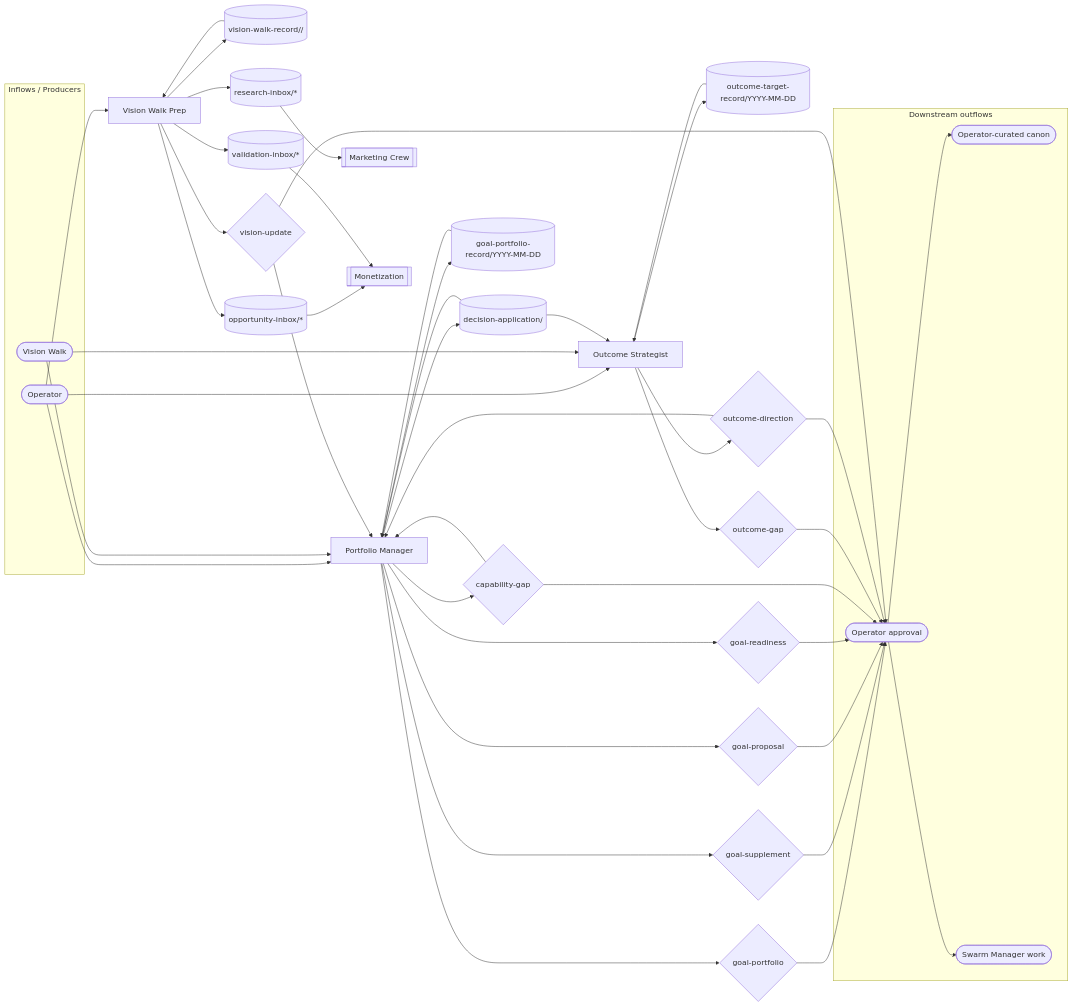
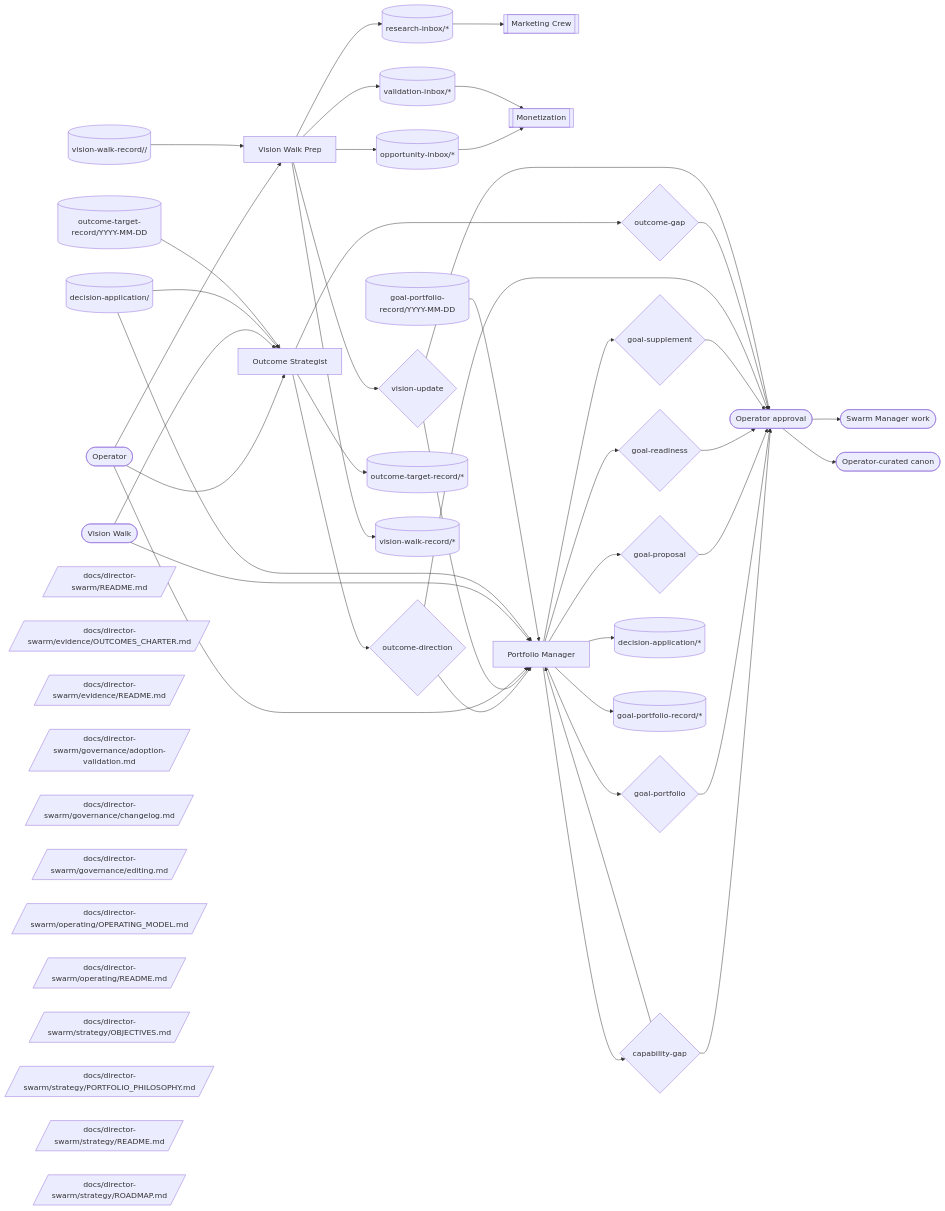
The diagram in docs/director-swarm/operating/OPERATING_MODEL.md (Vrooli/Vrooli), drawn with Mermaid before and after one commit. The commit also changed other lines of this file and 63 other files, not shown here.

````diff
--- a/docs/director-swarm/operating/OPERATING_MODEL.md
+++ b/docs/director-swarm/operating/OPERATING_MODEL.md
@@ -60,113 +60,127 @@
 ```mermaid
 flowchart LR
-  subgraph INFLOWS["Inflows / Producers"]
-    %% @node OP external:operator
-    OP([Operator])
-    %% @node VW external:vision-walk
-    VW([Vision Walk])
-  end
-
-  %% Members
-  %% @node PM member:portfolio-manager
-  PM[Portfolio Manager]
-  %% @node OS member:outcome-strategist
-  OS[Outcome Strategist]
-  %% @node VWP member:vision-walk-prep
-  VWP[Vision Walk Prep]
-
-  %% Topics
   %% @node APP topic:decision-application/<decision-id>
   APP[(decision-application/<decision-id>)]
-  %% @node PORT topic:goal-portfolio-record/YYYY-MM-DD
-  PORT[(goal-portfolio-record/YYYY-MM-DD)]
-  %% @node OUT topic:outcome-target-record/YYYY-MM-DD
-  OUT[(outcome-target-record/YYYY-MM-DD)]
-  %% @node WALK topic:vision-walk-record/<date>/<slug>
-  WALK[(vision-walk-record/<date>/<slug>)]
-  %% @node RI topic:research-inbox/*
-  RI[(research-inbox/*)]
-  %% @node OI topic:opportunity-inbox/*
-  OI[(opportunity-inbox/*)]
-  %% @node VI topic:validation-inbox/*
-  VI[(validation-inbox/*)]
-
-  %% Peer teams
+  %% @node APPROVAL process:operator-approval
+  APPROVAL([Operator approval])
+  %% @node CANON process:operator-curated-canon
+  CANON([Operator-curated canon])
+  %% @node CG decision:capability-gap
+  CG{capability-gap}
+  %% @node GP decision:goal-portfolio
+  GP{goal-portfolio}
+  %% @node GPR decision:goal-proposal
+  GPR{goal-proposal}
+  %% @node GR decision:goal-readiness
+  GR{goal-readiness}
+  %% @node GS decision:goal-supplement
+  GS{goal-supplement}
   %% @node MKT team:marketing-crew
   MKT[[Marketing Crew]]
   %% @node MON team:monetization
   MON[[Monetization]]
-
-  %% Decisions
-  %% @node GP decision:goal-portfolio
-  GP{goal-portfolio}
-  %% @node GS decision:goal-supplement
-  GS{goal-supplement}
-  %% @node GPR decision:goal-proposal
-  GPR{goal-proposal}
-  %% @node GR decision:goal-readiness
-  GR{goal-readiness}
-  %% @node CG decision:capability-gap
-  CG{capability-gap}
+  %% @node OD decision:outcome-direction
+  OD{outcome-direction}
   %% @node OG decision:outcome-gap
   OG{outcome-gap}
-  %% @node OD decision:outcome-direction
-  OD{outcome-direction}
+  %% @node OI topic:opportunity-inbox/*
+  OI[(opportunity-inbox/*)]
+  %% @node OP external:operator
+  OP([Operator])
+  %% @node OS member:outcome-strategist
+  OS[Outcome Strategist]
+  %% @node OUT topic:outcome-target-record/YYYY-MM-DD
+  OUT[(outcome-target-record/YYYY-MM-DD)]
+  %% @node PM member:portfolio-manager
+  PM[Portfolio Manager]
+  %% @node PORT topic:goal-portfolio-record/YYYY-MM-DD
+  PORT[(goal-portfolio-record/YYYY-MM-DD)]
+  %% @node RI topic:research-inbox/*
+  RI[(research-inbox/*)]
+  %% @node SMWORK external:swarm-manager-work
+  SMWORK([Swarm Manager work])
+  %% @node VI topic:validation-inbox/*
+  VI[(validation-inbox/*)]
   %% @node VU decision:vision-update
   VU{vision-update}
+  %% @node VW external:vision-walk
+  VW([Vision Walk])
+  %% @node VWP member:vision-walk-prep
+  VWP[Vision Walk Prep]
+  %% @node WALK topic:vision-walk-record/<date>/<slug>
+  WALK[(vision-walk-record/<date>/<slug>)]
+  %% @node DOCSDIRECTOR por:docs/director-swarm/README.md
+  DOCSDIRECTOR[/docs/director-swarm/README.md/]
+  %% @node DOCSDIRECTOR2 por:docs/director-swarm/evidence/OUTCOMES_CHARTER.md
+  DOCSDIRECTOR2[/docs/director-swarm/evidence/OUTCOMES_CHARTER.md/]
+  %% @node DOCSDIRECTOR3 por:docs/director-swarm/evidence/README.md
+  DOCSDIRECTOR3[/docs/director-swarm/evidence/README.md/]
+  %% @node DOCSDIRECTOR4 por:docs/director-swarm/governance/adoption-validation.md
+  DOCSDIRECTOR4[/docs/director-swarm/governance/adoption-validation.md/]
+  %% @node DOCSDIRECTOR5 por:docs/director-swarm/governance/changelog.md
+  DOCSDIRECTOR5[/docs/director-swarm/governance/changelog.md/]
+  %% @node DOCSDIRECTOR6 por:docs/director-swarm/governance/editing.md
+  DOCSDIRECTOR6[/docs/director-swarm/governance/editing.md/]
+  %% @node DOCSDIRECTOR7 por:docs/director-swarm/operating/OPERATING_MODEL.md
+  DOCSDIRECTOR7[/docs/director-swarm/operating/OPERATING_MODEL.md/]
+  %% @node DOCSDIRECTOR8 por:docs/director-swarm/operating/README.md
+  DOCSDIRECTOR8[/docs/director-swarm/operating/README.md/]
+  %% @node DOCSDIRECTOR9 por:docs/director-swarm/strategy/OBJECTIVES.md
+  DOCSDIRECTOR9[/docs/director-swarm/strategy/OBJECTIVES.md/]
+  %% @node DOCSDIRECTOR10 por:docs/director-swarm/strategy/PORTFOLIO_PHILOSOPHY.md
+  DOCSDIRECTOR10[/docs/director-swarm/strategy/PORTFOLIO_PHILOSOPHY.md/]
+  %% @node DOCSDIRECTOR11 por:docs/director-swarm/strategy/README.md
+  DOCSDIRECTOR11[/docs/director-swarm/strategy/README.md/]
+  %% @node DOCSDIRECTOR12 por:docs/director-swarm/strategy/ROADMAP.md
+  DOCSDIRECTOR12[/docs/director-swarm/strategy/ROADMAP.md/]
+  %% @node DECISIONAPPL topic:decision-application/*
+  DECISIONAPPL[(decision-application/*)]
+  %% @node GOALPORTFOLI topic:goal-portfolio-record/*
+  GOALPORTFOLI[(goal-portfolio-record/*)]
+  %% @node OUTCOMETARGE topic:outcome-target-record/*
+  OUTCOMETARGE[(outcome-target-record/*)]
+  %% @node VISIONWALKRE topic:vision-walk-record/*
+  VISIONWALKRE[(vision-walk-record/*)]
 
-  subgraph OUTFLOWS["Downstream outflows"]
-    %% @node APPROVAL process:operator-approval
-    APPROVAL([Operator approval])
-    %% @node CANON process:operator-curated-canon
-    CANON([Operator-curated canon])
-    %% @node SMWORK external:swarm-manager-work
-    SMWORK([Swarm Manager work])
-  end
-
+  CG --> PM
+  CG --> APPROVAL
+  GP --> APPROVAL
+  GPR --> APPROVAL
+  GR --> APPROVAL
+  GS --> APPROVAL
+  OD --> PM
+  OD --> APPROVAL
+  OG --> APPROVAL
+  VU --> PM
+  VU --> APPROVAL
+  OP --> OS
   OP --> PM
-  OP --> OS
   OP --> VWP
+  VW --> OS
   VW --> PM
-  VW --> OS
-
+  OS --> OD
+  OS --> OG
+  OS --> OUTCOMETARGE
+  PM --> CG
+  PM --> GP
+  PM --> GPR
+  PM --> GR
+  PM --> GS
+  PM --> DECISIONAPPL
+  PM --> GOALPORTFOLI
+  VWP --> VU
+  VWP --> OI
+  VWP --> RI
+  VWP --> VI
+  VWP --> VISIONWALKRE
+  APPROVAL --> SMWORK
+  APPROVAL --> CANON
+  APP --> OS
   APP --> PM
   PORT --> PM
-  PM --> PORT
-  PM --> APP
-  PM --> GP
-  PM --> GS
-  PM --> GPR
-  PM --> GR
-  PM --> CG
-  CG --> PM
-  VU --> PM
-  OD --> PM
-
-  APP --> OS
+  OI --> MON
   OUT --> OS
-  OS --> OUT
-  OS --> OG
-  OS --> OD
-
+  RI --> MKT
+  VI --> MON
   WALK --> VWP
-  VWP --> WALK
-  VWP --> VU
-
-  VWP --> RI
-  VWP --> OI
-  VWP --> VI
-  RI --> MKT
-  OI --> MON
-  VI --> MON
-
-  GP --> APPROVAL
-  GS --> APPROVAL
-  GPR --> APPROVAL
-  GR --> APPROVAL
-  CG --> APPROVAL
-  OG --> APPROVAL
-  OD --> APPROVAL
-  VU --> APPROVAL
-  APPROVAL --> CANON
-  APPROVAL --> SMWORK
 ```
````
